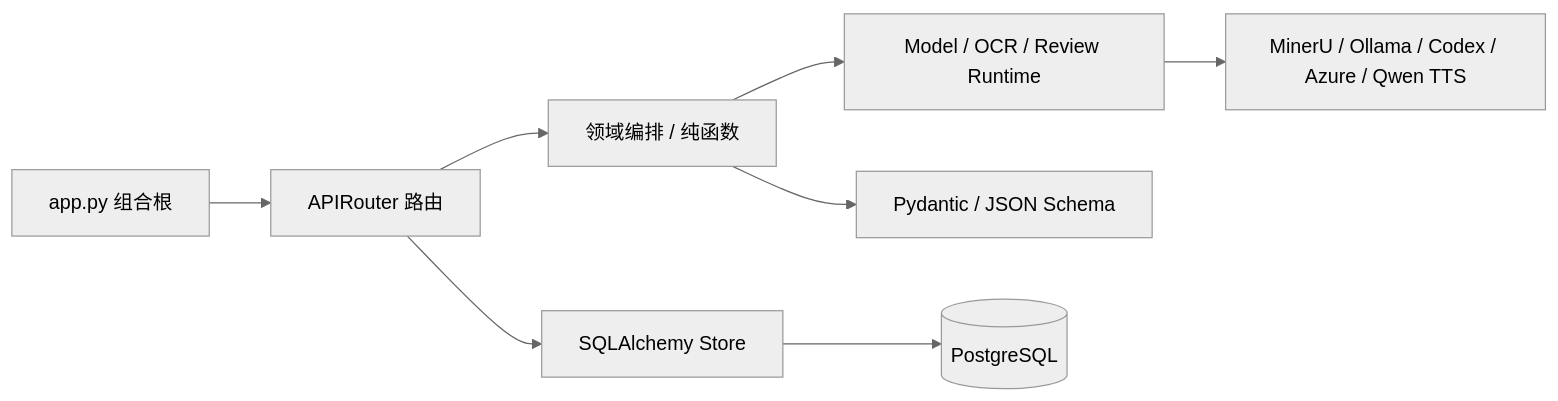
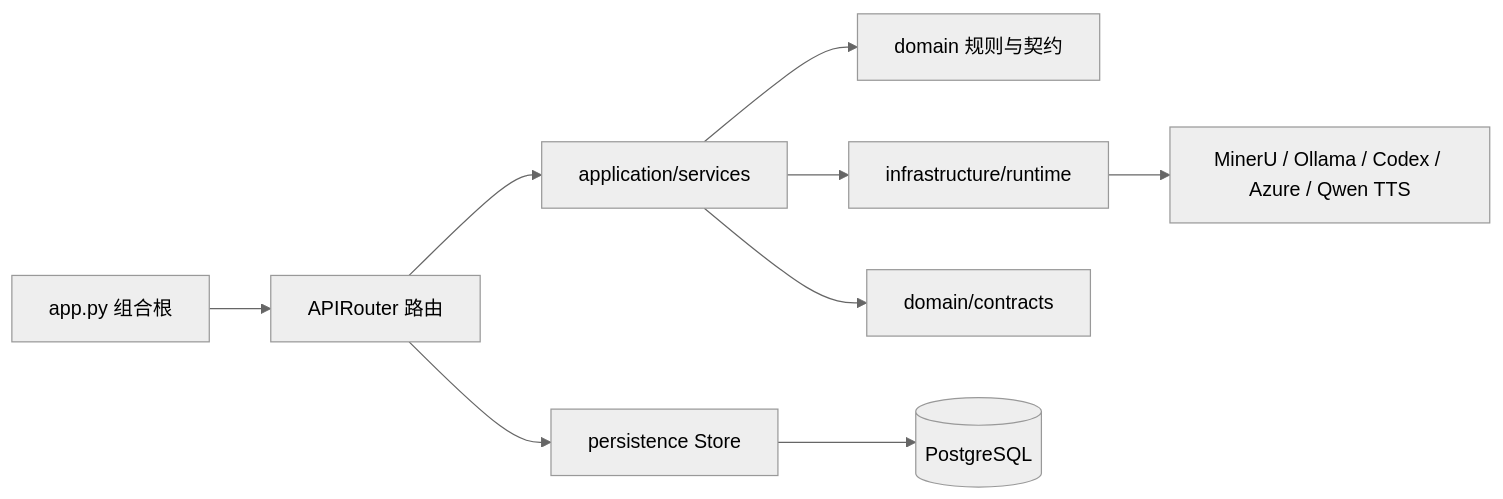
The first of 2 diagrams in docs/codebase-guide.md (ningkaikok/dotty-tutor), drawn with Mermaid (neutral theme) before and after one commit. The commit also changed other lines of this file and 91 other files, not shown here.

Commit message:
refactor(architecture): layer backend modules (#101)

````diff
--- a/docs/codebase-guide.md
+++ b/docs/codebase-guide.md
@@ -78,10 +97,11 @@
 ```mermaid
 flowchart LR
   App["app.py 组合根"] --> Routes["APIRouter 路由"]
-  Routes --> Services["领域编排 / 纯函数"]
-  Routes --> Stores["SQLAlchemy Store"]
-  Services --> Runtime["Model / OCR / Review Runtime"]
-  Services --> Contracts["Pydantic / JSON Schema"]
+  Routes --> Services["application/services"]
+  Services --> Domain["domain 规则与契约"]
+  Routes --> Stores["persistence Store"]
+  Services --> Runtime["infrastructure/runtime"]
+  Services --> Contracts["domain/contracts"]
   Stores --> PostgreSQL[(PostgreSQL)]
   Runtime --> External["MinerU / Ollama / Codex / Azure / Qwen TTS"]
 ```
````
